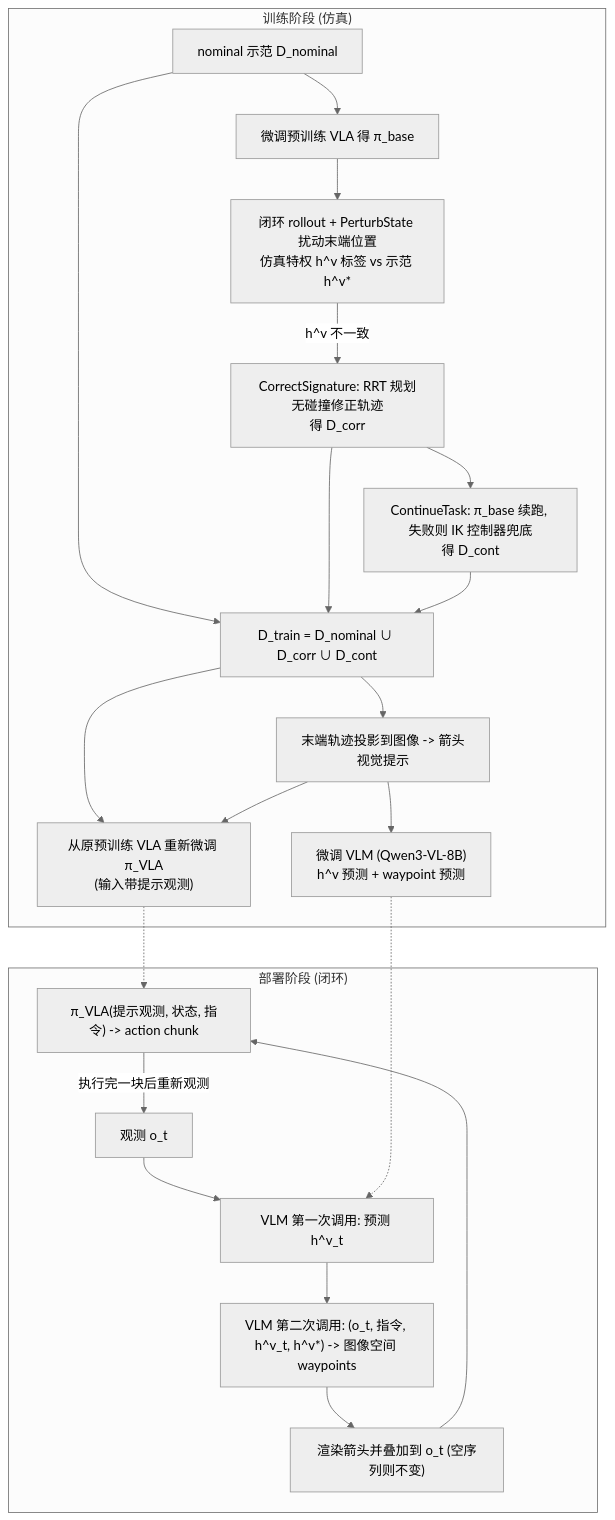
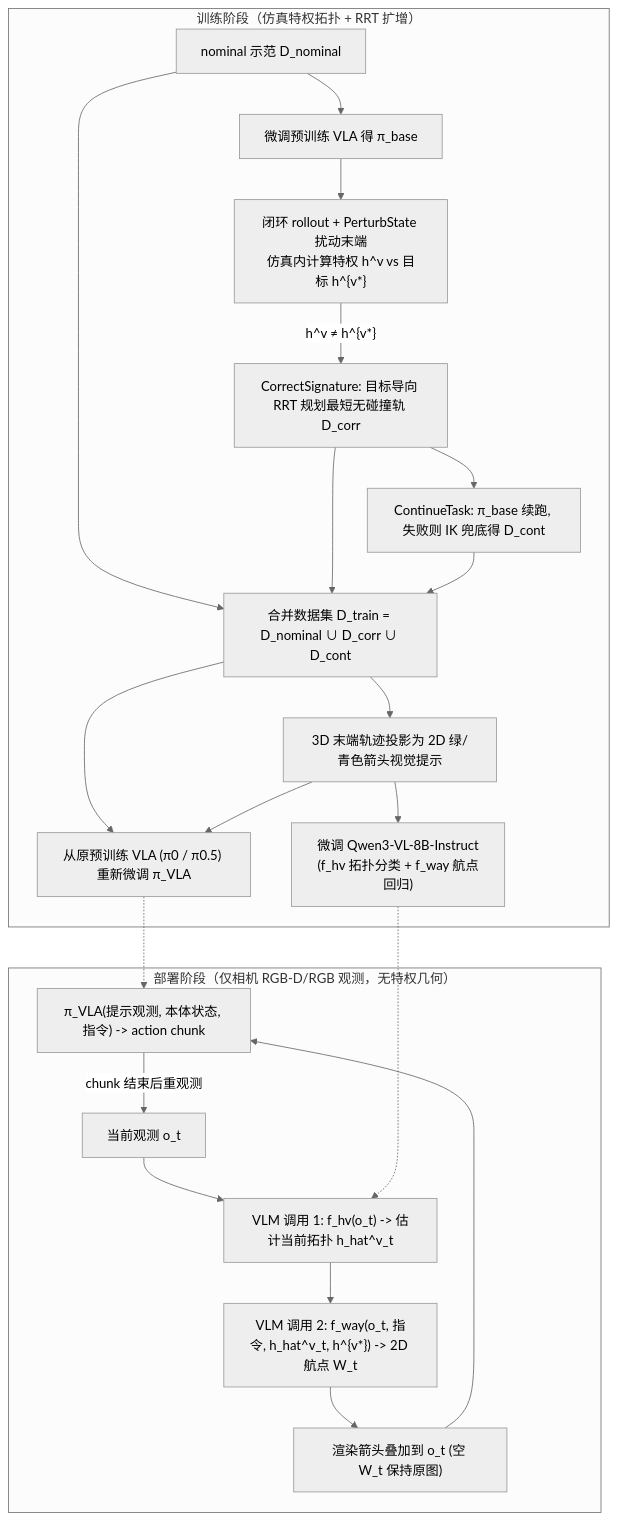
Before and after one commit to ImChong/Robotics_Notebooks: the diagram in wiki/entities/paper-topology-informed-visual-prompting-vla.md, drawn with Mermaid (neutral theme). The commit also changed other lines of this file and 192 other files, not shown here.

Commit message:
[2026-11-14] ingest | roadmap/depth-vla.md — 补齐 VLA 纵深路线全部节点原文证据与满分健康度

````diff
--- a/wiki/entities/paper-topology-informed-visual-prompting-vla.md
+++ b/wiki/entities/paper-topology-informed-visual-prompting-vla.md
@@ -47,25 +65,25 @@
 ```mermaid
 flowchart TD
-    subgraph TR["训练阶段 (仿真)"]
+    subgraph TR["训练阶段（仿真特权拓扑 + RRT 扩增）"]
         N["nominal 示范 D_nominal"] --> PB["微调预训练 VLA 得 π_base"]
-        PB --> PT["闭环 rollout + PerturbState 扰动末端位置<br/>仿真特权 h^v 标签 vs 示范 h^v*"]
-        PT -->|"h^v 不一致"| CO["CorrectSignature: RRT 规划无碰撞修正轨迹<br/>得 D_corr"]
-        CO --> CT["ContinueTask: π_base 续跑, 失败则 IK 控制器兜底<br/>得 D_cont"]
-        N --> UN["D_train = D_nominal ∪ D_corr ∪ D_cont"]
+        PB --> PT["闭环 rollout + PerturbState 扰动末端<br/>仿真内计算特权 h^v vs 目标 h^{v*}"]
+        PT -->|"h^v ≠ h^{v*}"| CO["CorrectSignature: 目标导向 RRT 规划最短无碰撞轨 D_corr"]
+        CO --> CT["ContinueTask: π_base 续跑, 失败则 IK 兜底得 D_cont"]
+        N --> UN["合并数据集 D_train = D_nominal ∪ D_corr ∪ D_cont"]
         CO --> UN
         CT --> UN
-        UN --> VP["末端轨迹投影到图像 -> 箭头视觉提示"]
-        UN --> VLA["从原预训练 VLA 重新微调 π_VLA<br/>(输入带提示观测)"]
+        UN --> VP["3D 末端轨迹投影为 2D 绿/青色箭头视觉提示"]
+        UN --> VLA["从原预训练 VLA (π0 / π0.5) 重新微调 π_VLA"]
         VP --> VLA
-        VP --> VLMT["微调 VLM (Qwen3-VL-8B)<br/>h^v 预测 + waypoint 预测"]
+        VP --> VLMT["微调 Qwen3-VL-8B-Instruct<br/>(f_hv 拓扑分类 + f_way 航点回归)"]
     end
-    subgraph DEP["部署阶段 (闭环)"]
-        O["观测 o_t"] --> F1["VLM 第一次调用: 预测 h^v_t"]
-        F1 --> F2["VLM 第二次调用: (o_t, 指令, h^v_t, h^v*) -> 图像空间 waypoints"]
-        F2 --> R["渲染箭头并叠加到 o_t (空序列则不变)"]
-        R --> A["π_VLA(提示观测, 状态, 指令) -> action chunk"]
-        A -->|"执行完一块后重新观测"| O
+    subgraph DEP["部署阶段（仅相机 RGB-D/RGB 观测，无特权几何）"]
+        O["当前观测 o_t"] --> F1["VLM 调用 1: f_hv(o_t) -> 估计当前拓扑 h_hat^v_t"]
+        F1 --> F2["VLM 调用 2: f_way(o_t, 指令, h_hat^v_t, h^{v*}) -> 2D 航点 W_t"]
+        F2 --> R["渲染箭头叠加到 o_t (空 W_t 保持原图)"]
+        R --> A["π_VLA(提示观测, 本体状态, 指令) -> action chunk"]
+        A -->|"chunk 结束后重观测"| O
     end
     VLMT -.-> F1
     VLA -.-> A
 ```
````
